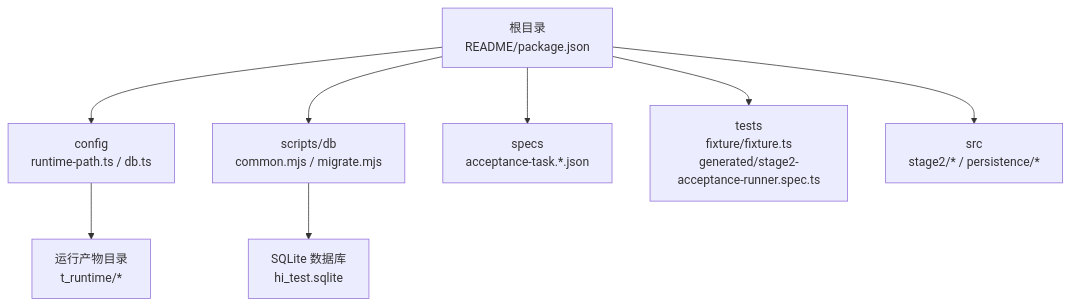
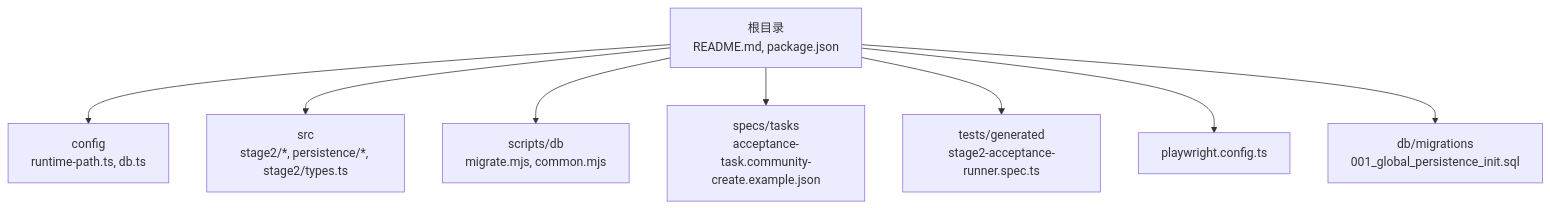
Before and after one commit to Jiane-EJ/playwright-mind: the first of 4 diagrams in .qoder/repowiki/zh/content/快速开始.md, drawn with Mermaid. The commit also changed other lines of this file and 151 other files, not shown here.

````diff
--- a/.qoder/repowiki/zh/content/快速开始.md
+++ b/.qoder/repowiki/zh/content/快速开始.md
@@ -44,10 +50,10 @@
 ```mermaid
 graph TB
-A["根目录<br/>README/package.json"] --> B["config<br/>runtime-path.ts / db.ts"]
-A --> C["scripts/db<br/>common.mjs / migrate.mjs"]
-A --> D["specs<br/>acceptance-task.*.json"]
-A --> E["tests<br/>fixture/fixture.ts<br/>generated/stage2-acceptance-runner.spec.ts"]
-A --> F["src<br/>stage2/* / persistence/*"]
-B --> G["运行产物目录<br/>t_runtime/*"]
-C --> H["SQLite 数据库<br/>hi_test.sqlite"]
+A["根目录<br/>README.md, package.json"] --> B["config<br/>runtime-path.ts, db.ts"]
+A --> C["src<br/>stage2/*, persistence/*, stage2/types.ts"]
+A --> D["scripts/db<br/>migrate.mjs, common.mjs"]
+A --> E["specs/tasks<br/>acceptance-task.community-create.example.json"]
+A --> F["tests/generated<br/>stage2-acceptance-runner.spec.ts"]
+A --> G["playwright.config.ts"]
+A --> H["db/migrations<br/>001_global_persistence_init.sql"]
 ```
````
